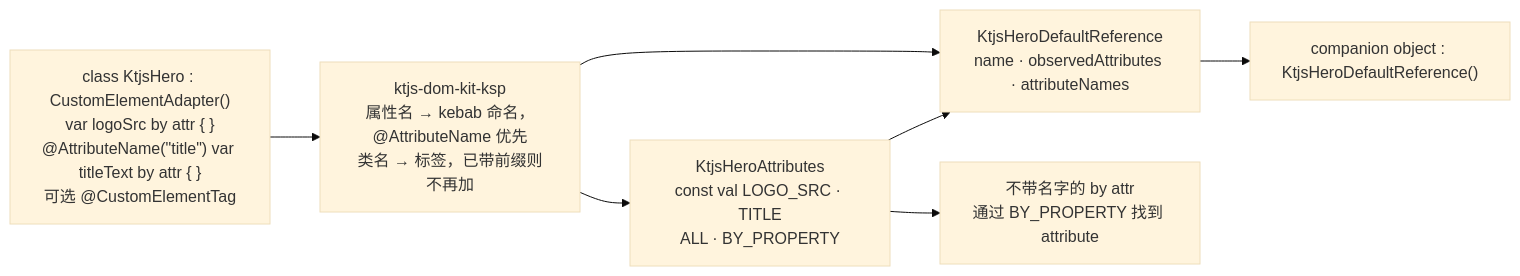
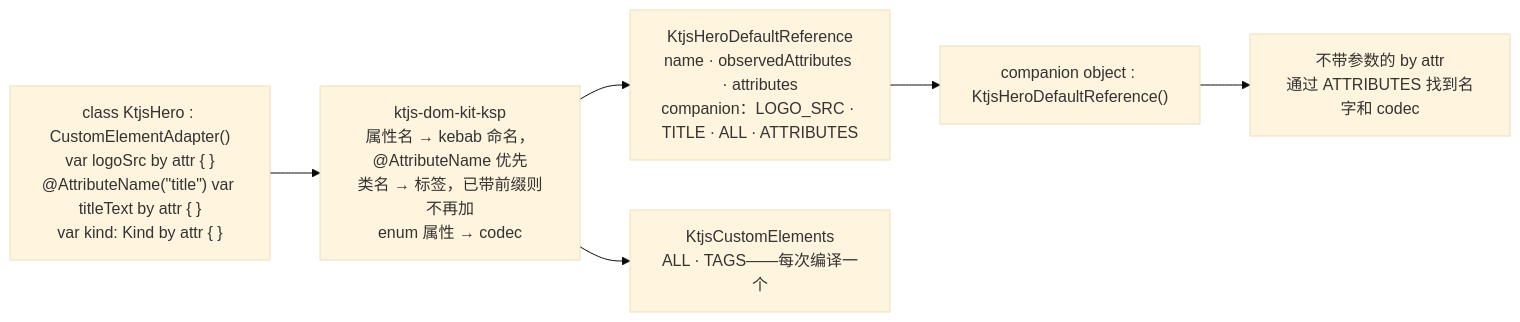
One commit to shijianjs/ktjs-dom-kit changed the first of 2 diagrams in docs/src/jsMain/resources/i18n/zh-Hans/docusaurus-plugin-content-docs/current/dom-kit/custom-elements.md. Above: the diagram before and after it, drawn with Mermaid (base theme). The commit also changed other lines of this file and 23 other files, not shown here.

````diff
--- a/docs/src/jsMain/resources/i18n/zh-Hans/docusaurus-plugin-content-docs/current/dom-kit/custom-elements.md
+++ b/docs/src/jsMain/resources/i18n/zh-Hans/docusaurus-plugin-content-docs/current/dom-kit/custom-elements.md
@@ -66,10 +67,9 @@
 ```mermaid
 flowchart LR
-  SRC["class KtjsHero : CustomElementAdapter()<br/>var logoSrc by attr { }<br/>@AttributeName(&quot;title&quot;) var titleText by attr { }<br/>可选 @CustomElementTag"]
-  SRC --> KSP["ktjs-dom-kit-ksp<br/>属性名 → kebab 命名，@AttributeName 优先<br/>类名 → 标签，已带前缀则不再加"]
-  KSP --> ATTRS["KtjsHeroAttributes<br/>const val LOGO_SRC · TITLE<br/>ALL · BY_PROPERTY"]
-  KSP --> REF["KtjsHeroDefaultReference<br/>name · observedAttributes · attributeNames"]
-  ATTRS --> REF
+  SRC["class KtjsHero : CustomElementAdapter()<br/>var logoSrc by attr { }<br/>@AttributeName(&quot;title&quot;) var titleText by attr { }<br/>var kind: Kind by attr { }"]
+  SRC --> KSP["ktjs-dom-kit-ksp<br/>属性名 → kebab 命名，@AttributeName 优先<br/>类名 → 标签，已带前缀则不再加<br/>enum 属性 → codec"]
+  KSP --> REF["KtjsHeroDefaultReference<br/>name · observedAttributes · attributes<br/>companion：LOGO_SRC · TITLE · ALL · ATTRIBUTES"]
   REF --> COMP["companion object : KtjsHeroDefaultReference()"]
-  ATTRS --> LOOKUP["不带名字的 by attr<br/>通过 BY_PROPERTY 找到 attribute"]
+  COMP --> LOOKUP["不带参数的 by attr<br/>通过 ATTRIBUTES 找到名字和 codec"]
+  KSP --> REG["KtjsCustomElements<br/>ALL · TAGS——每次编译一个"]
 ```
````
